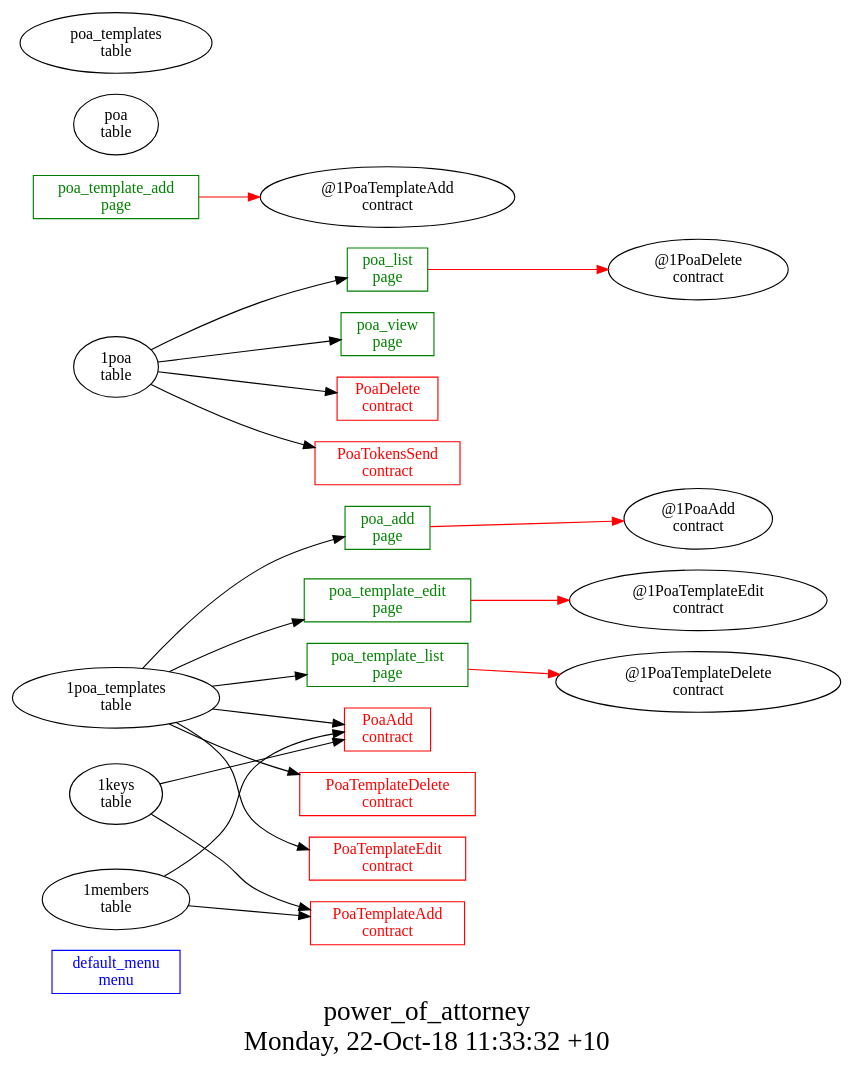
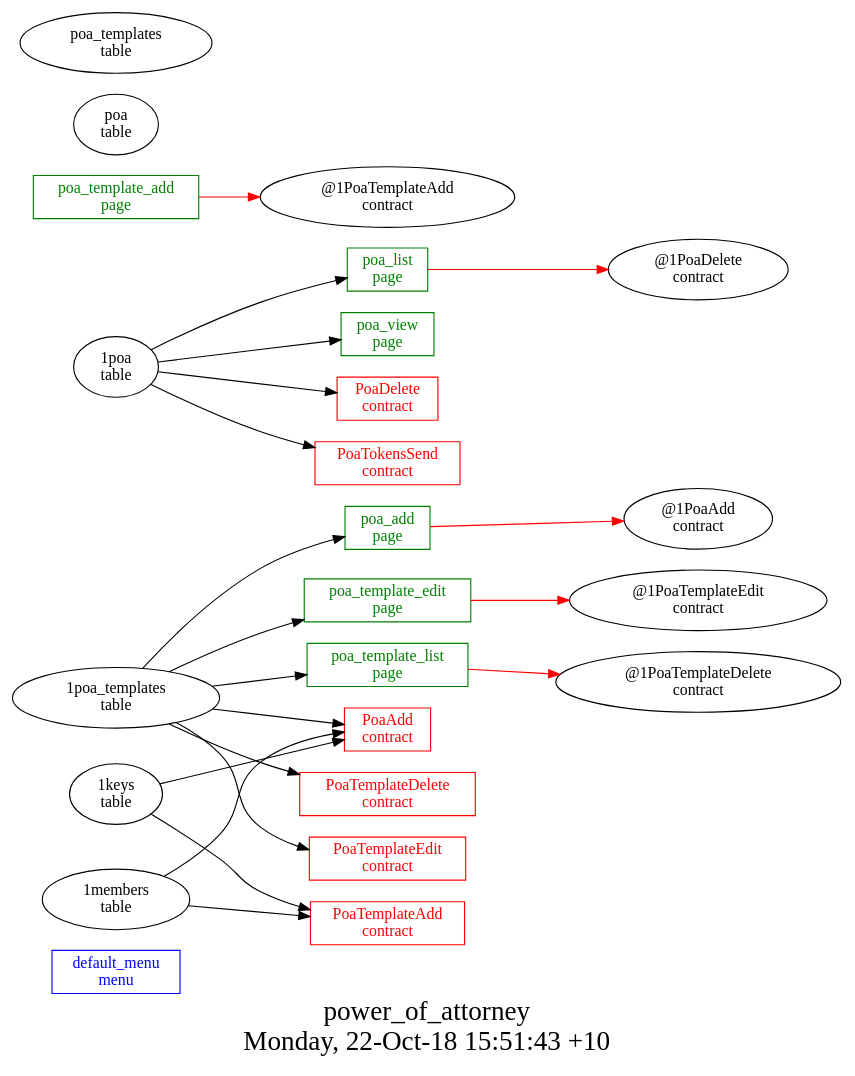
One commit to AplaProject/apps changed the diagram in other/power_of_attorney/struct.dot. Above: the diagram before and after it, drawn with Graphviz. The commit also changed 7 other files, not shown here.

```diff
--- a/other/power_of_attorney/struct.dot
+++ b/other/power_of_attorney/struct.dot
@@ -1,42 +1,42 @@
 digraph G {
 fontsize="24";
-label="power_of_attorney\nMonday, 22-Oct-18 11:33:32 +10";
+label="power_of_attorney\nMonday, 22-Oct-18 15:51:43 +10";
 nojustify=true;
 ordering=out;
 rankdir=LR;
 size="30";
 "default_menu\nmenu" [color=blue, fontcolor=blue, group=menus, shape=record];
 "poa_add\npage" -> "@1PoaAdd\ncontract"  [ color=red ]
 "1poa_templates\ntable" -> "poa_add\npage"
 "poa_add\npage" [color=green, fontcolor=green, group=pages, shape=record];
 "poa_list\npage" -> "@1PoaDelete\ncontract"  [ color=red ]
 "1poa\ntable" -> "poa_list\npage"
 "poa_list\npage" [color=green, fontcolor=green, group=pages, shape=record];
 "poa_template_add\npage" -> "@1PoaTemplateAdd\ncontract"  [ color=red ]
 "poa_template_add\npage" [color=green, fontcolor=green, group=pages, shape=record];
 "poa_template_edit\npage" -> "@1PoaTemplateEdit\ncontract"  [ color=red ]
 "1poa_templates\ntable" -> "poa_template_edit\npage"
 "poa_template_edit\npage" [color=green, fontcolor=green, group=pages, shape=record];
 "poa_template_list\npage" -> "@1PoaTemplateDelete\ncontract"  [ color=red ]
 "1poa_templates\ntable" -> "poa_template_list\npage"
 "poa_template_list\npage" [color=green, fontcolor=green, group=pages, shape=record];
 "1poa\ntable" -> "poa_view\npage"
 "poa_view\npage" [color=green, fontcolor=green, group=pages, shape=record];
 "1members\ntable" -> "PoaAdd\ncontract"
 "1keys\ntable" -> "PoaAdd\ncontract"
 "1poa_templates\ntable" -> "PoaAdd\ncontract"
 "PoaAdd\ncontract" [color=red, fontcolor=red, group=contracts, shape=record];
 "1poa\ntable" -> "PoaDelete\ncontract"
 "PoaDelete\ncontract" [color=red, fontcolor=red, group=contracts, shape=record];
 "1members\ntable" -> "PoaTemplateAdd\ncontract"
 "1keys\ntable" -> "PoaTemplateAdd\ncontract"
 "PoaTemplateAdd\ncontract" [color=red, fontcolor=red, group=contracts, shape=record];
 "1poa_templates\ntable" -> "PoaTemplateDelete\ncontract"
 "PoaTemplateDelete\ncontract" [color=red, fontcolor=red, group=contracts, shape=record];
 "1poa_templates\ntable" -> "PoaTemplateEdit\ncontract"
 "PoaTemplateEdit\ncontract" [color=red, fontcolor=red, group=contracts, shape=record];
 "1poa\ntable" -> "PoaTokensSend\ncontract"
 "PoaTokensSend\ncontract" [color=red, fontcolor=red, group=contracts, shape=record];
 "poa\ntable" [color="", fontcolor="", group=tables, shape=""];
 "poa_templates\ntable" [color="", fontcolor="", group=tables, shape=""];
 }
```
